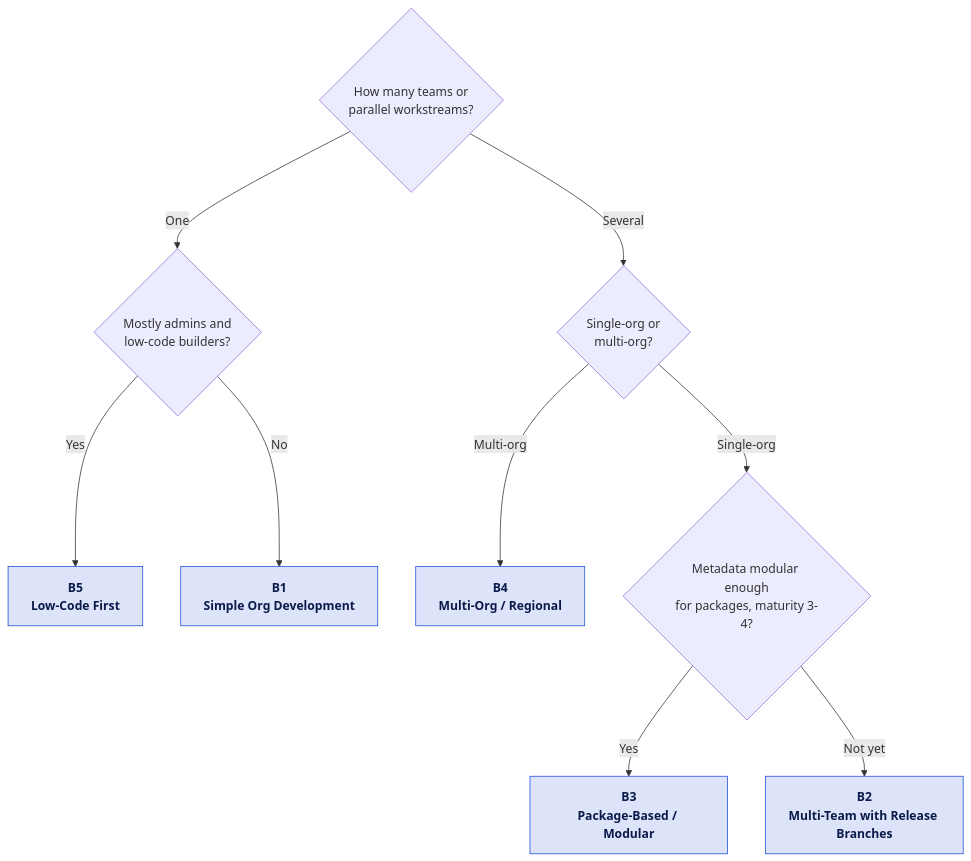
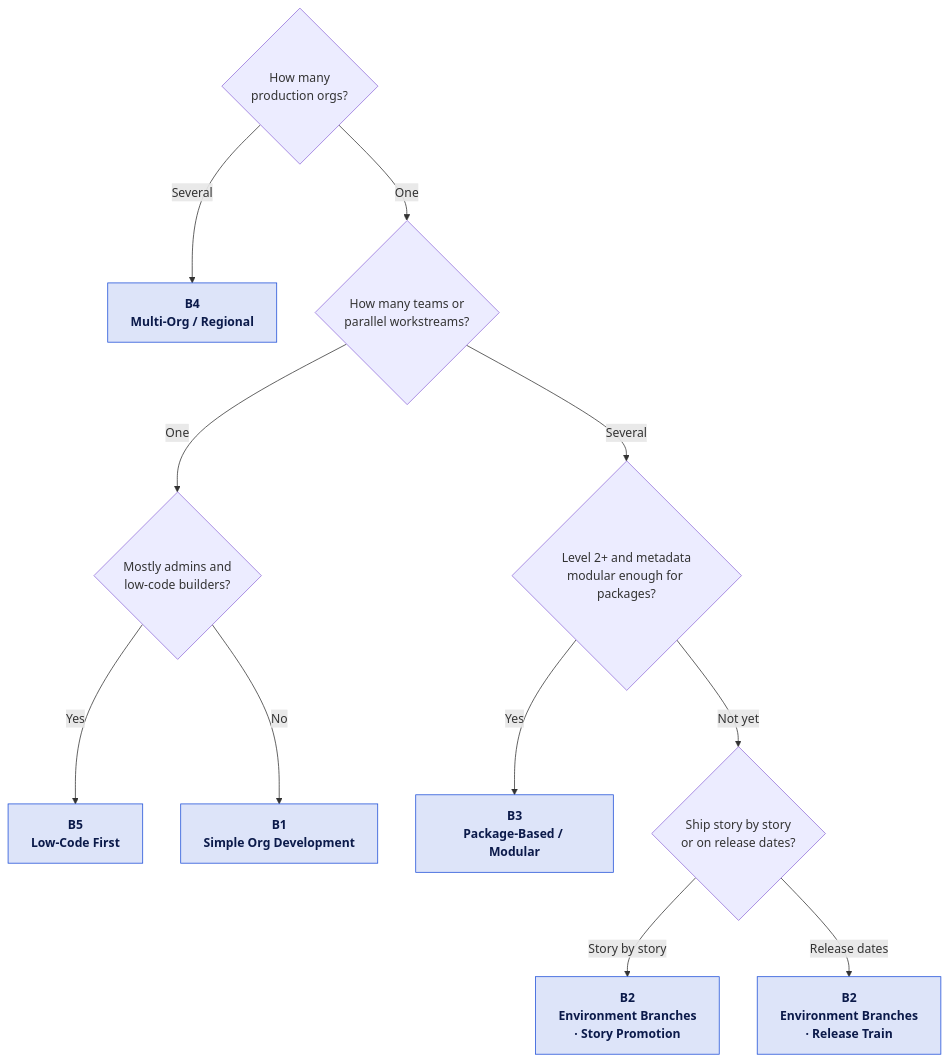
One commit to svierk/salesforce-devops-starter-kit changed the diagram in docs/strategy/index.md. Above: the diagram before and after it, drawn with Mermaid. The commit also changed other lines of this file and 13 other files, not shown here.

Commit message:
feat(docs): add story promotion, release style and org-first routing

````diff
--- a/docs/strategy/index.md
+++ b/docs/strategy/index.md
@@ -30,18 +30,21 @@
 ```mermaid
 flowchart TD
-    Q1{"How many teams or<br/>parallel workstreams?"}
-    Q1 -->|One| Q3{"Mostly admins and<br/>low-code builders?"}
-    Q1 -->|Several| Q2{"Single-org or<br/>multi-org?"}
+    QO{"How many<br/>production orgs?"}
+    QO -->|Several| B4["<b>B4</b><br/>Multi-Org / Regional"]
+    QO -->|One| QT{"How many teams or<br/>parallel workstreams?"}
 
-    Q3 -->|Yes| B5["<b>B5</b><br/>Low-Code First"]
-    Q3 -->|No| B1["<b>B1</b><br/>Simple Org Development"]
+    QT -->|One| QL{"Mostly admins and<br/>low-code builders?"}
+    QT -->|Several| QM{"Level 2+ and metadata<br/>modular enough for packages?"}
 
-    Q2 -->|Multi-org| B4["<b>B4</b><br/>Multi-Org / Regional"]
-    Q2 -->|Single-org| Q4{"Metadata modular enough<br/>for packages, maturity 3-4?"}
+    QL -->|Yes| B5["<b>B5</b><br/>Low-Code First"]
+    QL -->|No| B1["<b>B1</b><br/>Simple Org Development"]
 
-    Q4 -->|Yes| B3["<b>B3</b><br/>Package-Based / Modular"]
-    Q4 -->|Not yet| B2["<b>B2</b><br/>Multi-Team with Release Branches"]
+    QM -->|Yes| B3["<b>B3</b><br/>Package-Based / Modular"]
+    QM -->|Not yet| QR{"Ship story by story<br/>or on release dates?"}
+
+    QR -->|Story by story| B2S["<b>B2</b><br/>Environment Branches<br/>· Story Promotion"]
+    QR -->|Release dates| B2T["<b>B2</b><br/>Environment Branches<br/>· Release Train"]
 
     classDef bp fill:#dde4f9,stroke:#1d4ed8,color:#0b1a4a,font-weight:bold;
-    class B1,B2,B3,B4,B5 bp;
+    class B1,B2S,B2T,B3,B4,B5 bp;
 ```
````
